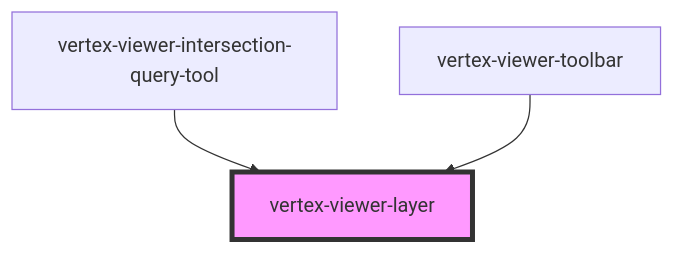
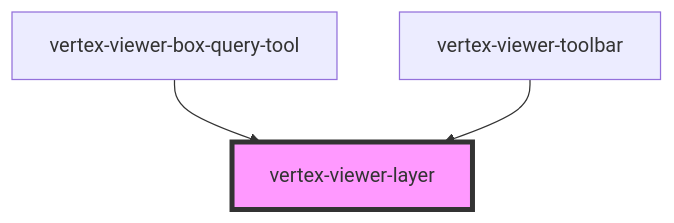
Before and after one commit to Vertexvis/vertex-web-sdk: the diagram in packages/viewer/src/components/viewer-layer/readme.md, drawn with Mermaid. The commit also changed other lines of this file and 7 other files, not shown here.

````diff
--- a/packages/viewer/src/components/viewer-layer/readme.md
+++ b/packages/viewer/src/components/viewer-layer/readme.md
@@ -49,6 +49,6 @@
 ```mermaid
 graph TD;
-  vertex-viewer-intersection-query-tool --> vertex-viewer-layer
+  vertex-viewer-box-query-tool --> vertex-viewer-layer
   vertex-viewer-toolbar --> vertex-viewer-layer
   style vertex-viewer-layer fill:#f9f,stroke:#333,stroke-width:4px
 ```
````
